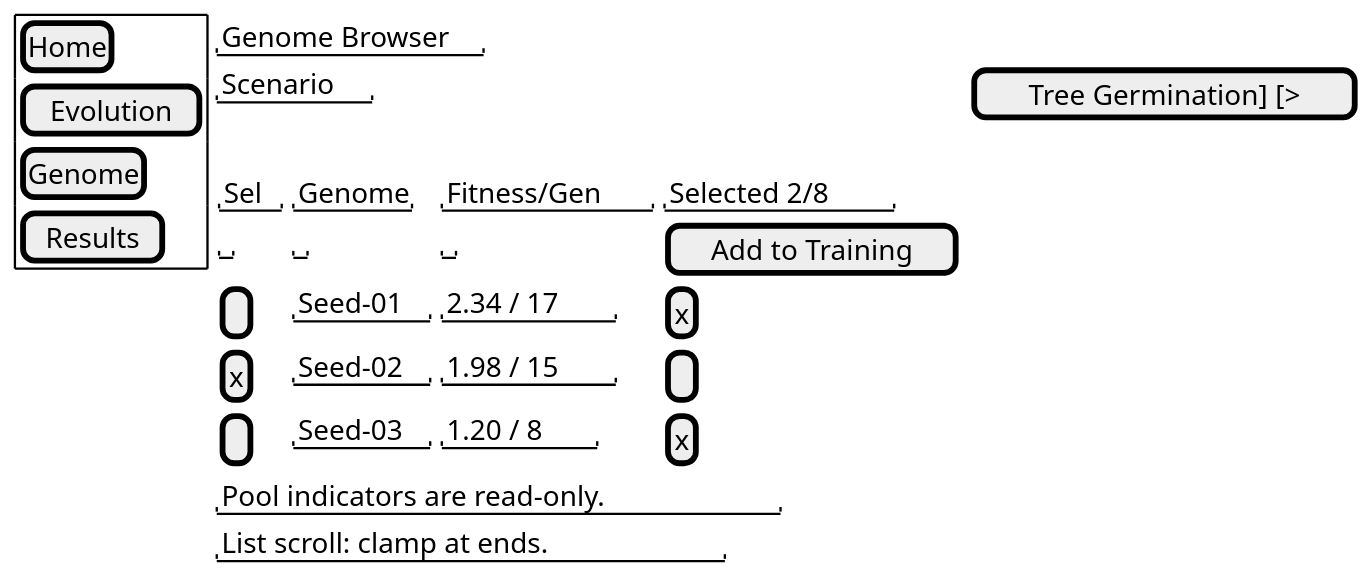
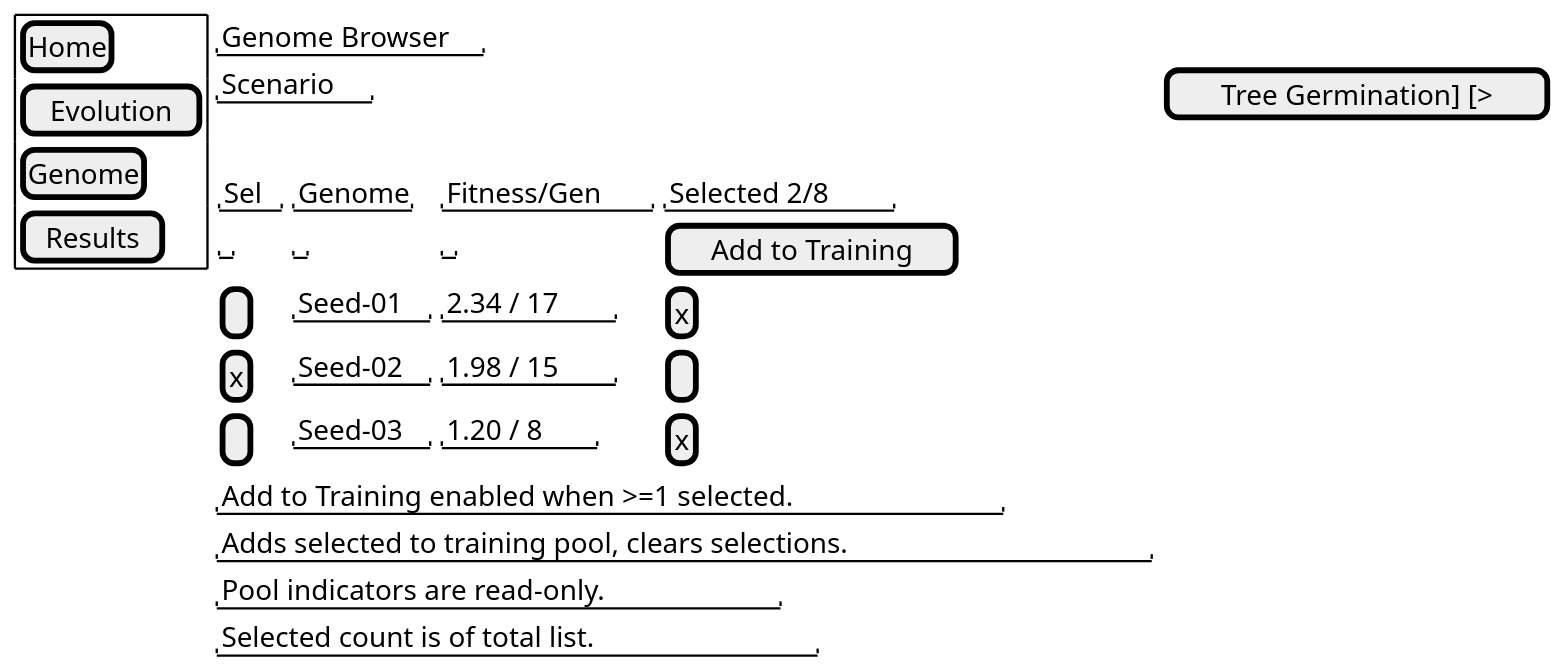
One commit to aortez/dirtsim changed the first of 2 diagrams in apps/src/ui/docs/src/screens/training-genome.md. Above: the diagram before and after it, drawn with PlantUML. The commit also changed 22 other files, not shown here.

````diff
--- a/apps/src/ui/docs/src/screens/training-genome.md
+++ b/apps/src/ui/docs/src/screens/training-genome.md
@@ -5,26 +5,28 @@
 ```plantuml
 @startsalt
 scale 1.6
 {
   {+
     [Home]
     [Evolution]
     [Genome]
     [Results]
   } | {
     "Genome Browser"
     "Scenario" | [Tree Germination] [>]
     .
     {
       "Sel" | "Genome" | "Fitness/Gen" | "Selected 2/8"
       "" | "" | "" | [Add to Training]
       [ ] | "Seed-01" | "2.34 / 17" | [x]
       [x] | "Seed-02" | "1.98 / 15" | [ ]
       [ ] | "Seed-03" | "1.20 / 8" | [x]
     }
+    "Add to Training enabled when >=1 selected."
+    "Adds selected to training pool, clears selections."
     "Pool indicators are read-only."
-    "List scroll: clamp at ends."
+    "Selected count is of total list."
   }
 }
 @endsalt
 ```
````
